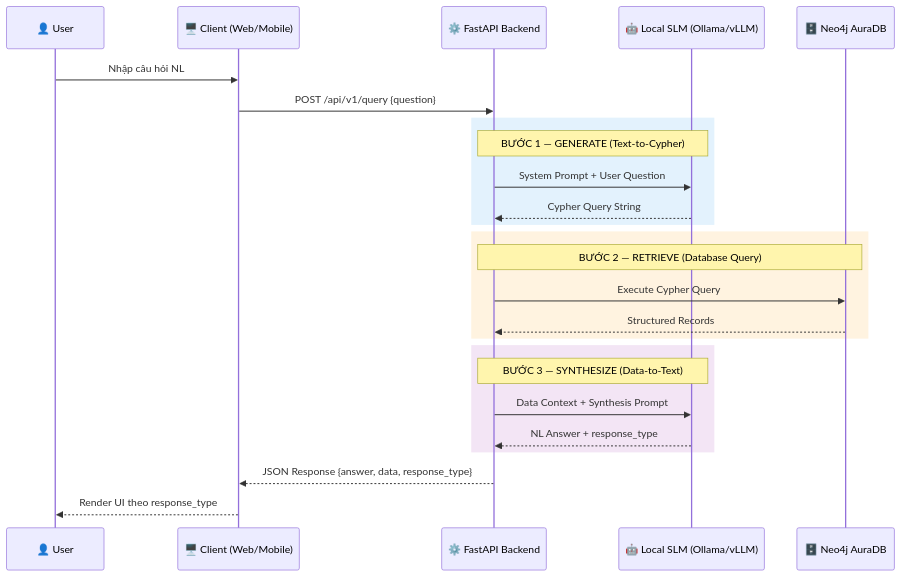
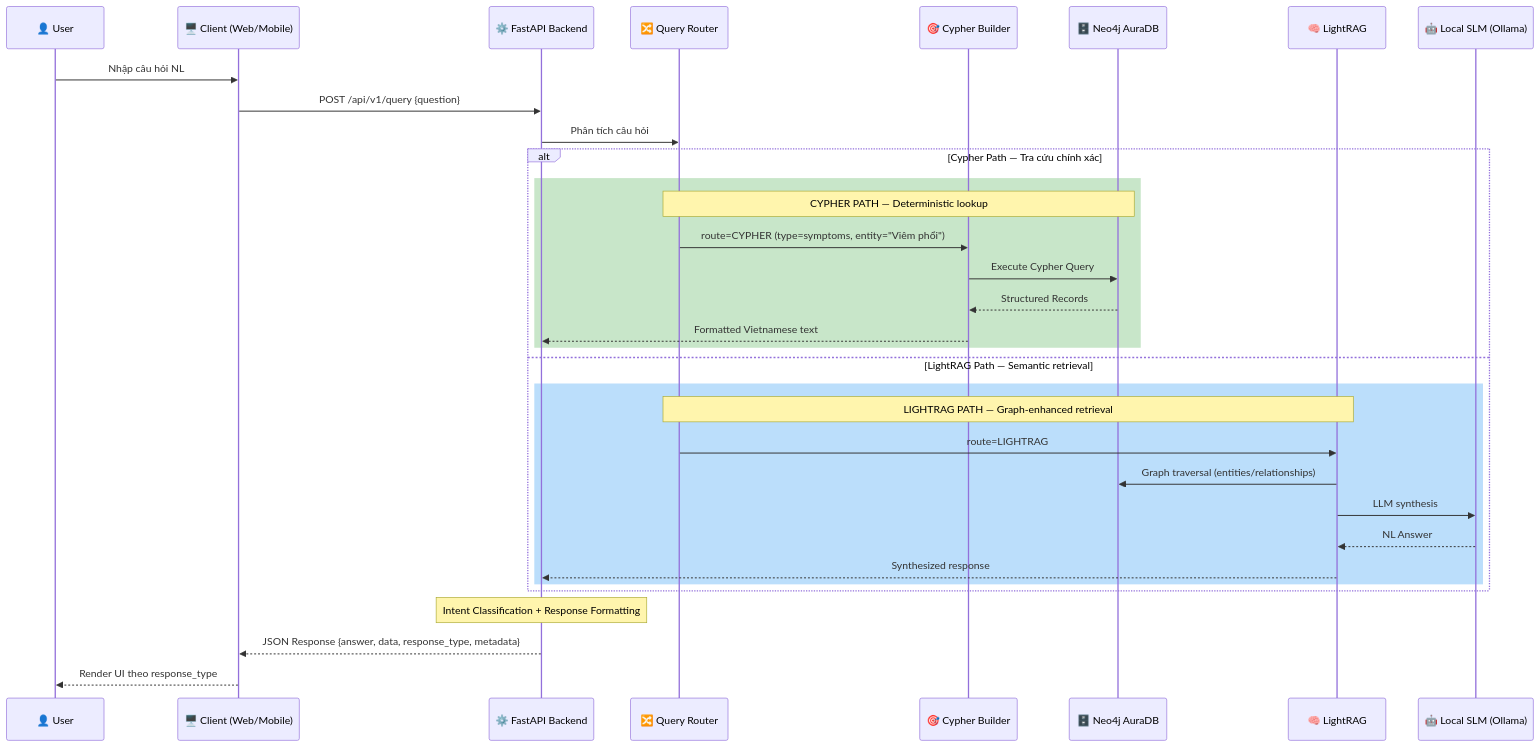
One commit to NgBaoAnn/kbqa changed the second of 5 diagrams in docs/02_SYSTEM_ARCHITECTURE.md. Above: the diagram before and after it, drawn with Mermaid. The commit also changed other lines of this file and 4 other files, not shown here.

Commit message:
docs: update system architecture and API docs for Hybrid GraphRAG

````diff
--- a/docs/02_SYSTEM_ARCHITECTURE.md
+++ b/docs/02_SYSTEM_ARCHITECTURE.md
@@ -62,32 +84,38 @@
 ```mermaid
 sequenceDiagram
     participant U as 👤 User
     participant C as 🖥️ Client (Web/Mobile)
     participant F as ⚙️ FastAPI Backend
-    participant L as 🤖 Local SLM (Ollama/vLLM)
+    participant R as 🔀 Query Router
+    participant B as 🎯 Cypher Builder
     participant N as 🗄️ Neo4j AuraDB
+    participant LR as 🧠 LightRAG
+    participant L as 🤖 Local SLM (Ollama)
 
     U->>C: Nhập câu hỏi NL
     C->>F: POST /api/v1/query {question}
-    
-    rect rgb(227, 242, 253)
-        Note over F,L: BƯỚC 1 — GENERATE (Text-to-Cypher)
-        F->>L: System Prompt + User Question
-        L-->>F: Cypher Query String
+    F->>R: Phân tích câu hỏi
+
+    alt Cypher Path — Tra cứu chính xác
+        rect rgb(200, 230, 201)
+            Note over R,N: CYPHER PATH — Deterministic lookup
+            R->>B: route=CYPHER (type=symptoms, entity="Viêm phổi")
+            B->>N: Execute Cypher Query
+            N-->>B: Structured Records
+            B-->>F: Formatted Vietnamese text
+        end
+    else LightRAG Path — Semantic retrieval
+        rect rgb(187, 222, 251)
+            Note over R,LR: LIGHTRAG PATH — Graph-enhanced retrieval
+            R->>LR: route=LIGHTRAG
+            LR->>N: Graph traversal (entities/relationships)
+            LR->>L: LLM synthesis
+            L-->>LR: NL Answer
+            LR-->>F: Synthesized response
+        end
     end
-    
-    rect rgb(255, 243, 224)
-        Note over F,N: BƯỚC 2 — RETRIEVE (Database Query)
-        F->>N: Execute Cypher Query
-        N-->>F: Structured Records
-    end
-    
-    rect rgb(243, 229, 245)
-        Note over F,L: BƯỚC 3 — SYNTHESIZE (Data-to-Text)
-        F->>L: Data Context + Synthesis Prompt
-        L-->>F: NL Answer + response_type
-    end
-    
-    F-->>C: JSON Response {answer, data, response_type}
+
+    Note over F: Intent Classification + Response Formatting
+    F-->>C: JSON Response {answer, data, response_type, metadata}
     C-->>U: Render UI theo response_type
 ```
````
